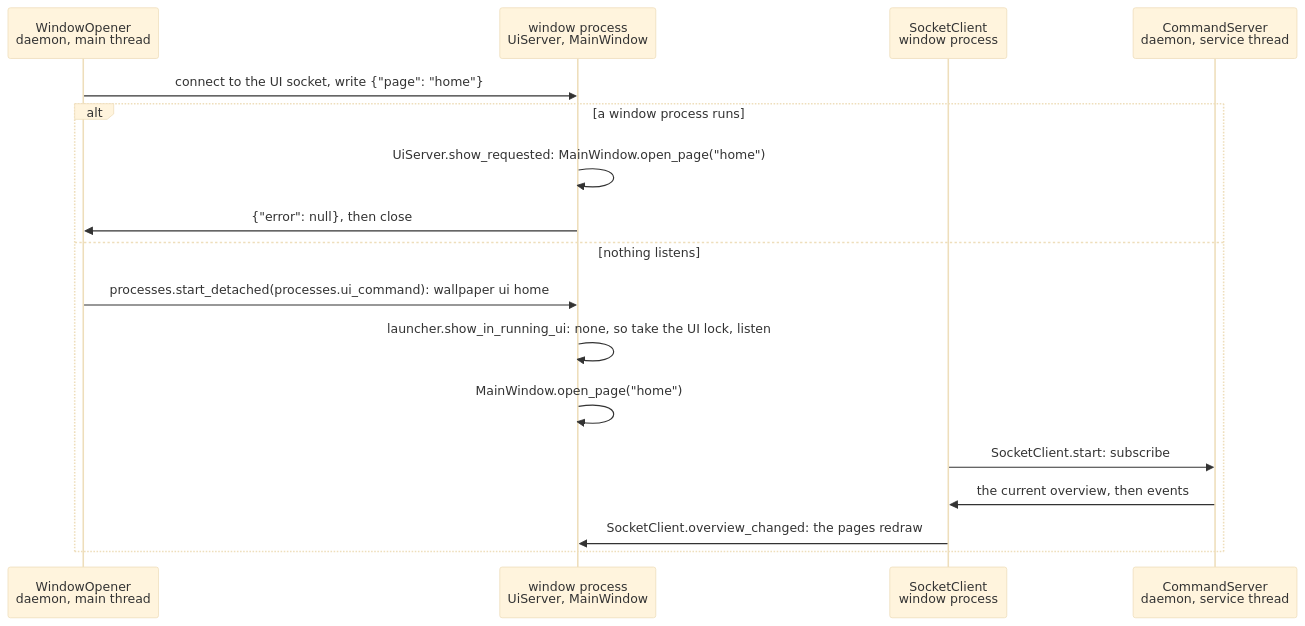
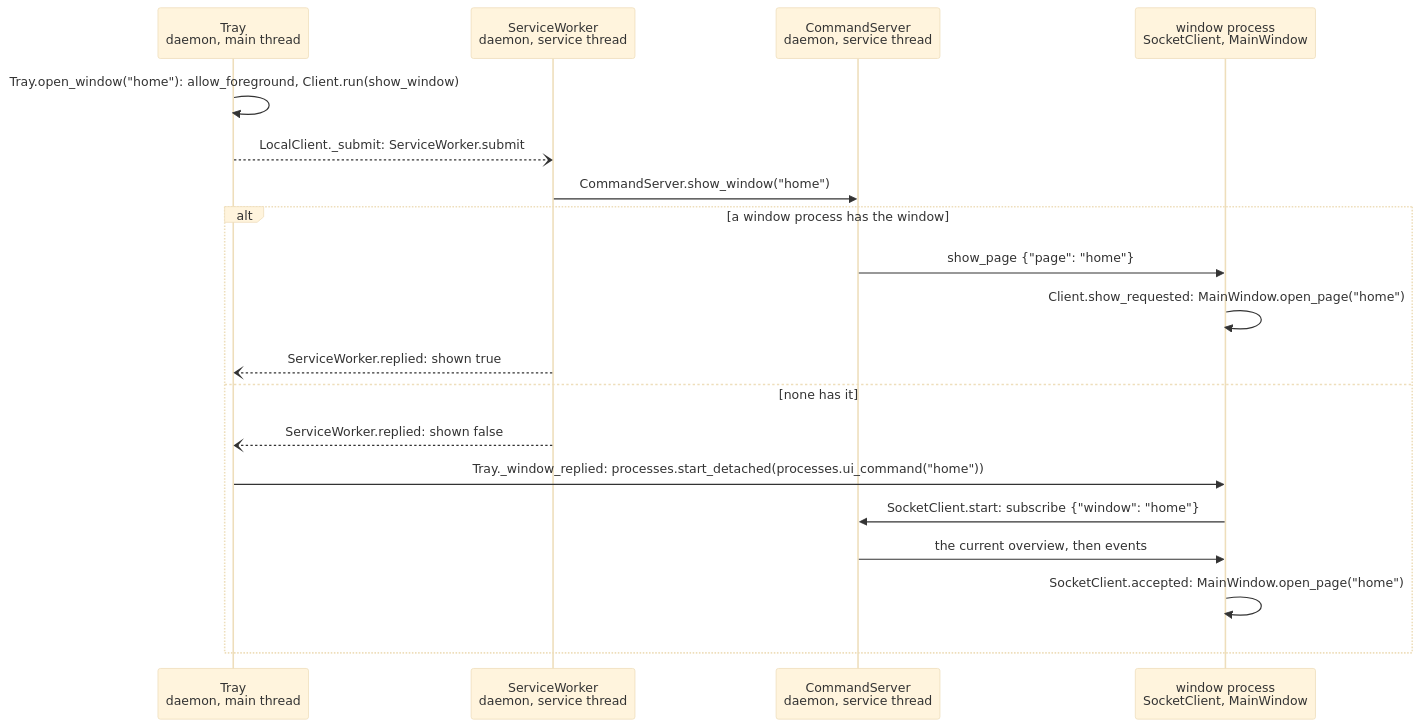
Before and after one commit to cheshire0xff/wallpaper_py: the fifth of 11 diagrams in docs/app-wiring.md, drawn with Mermaid (base theme). The commit also changed other lines of this file and 27 other files, not shown here.

````diff
--- a/docs/app-wiring.md
+++ b/docs/app-wiring.md
@@ -150,20 +147,22 @@
 ```mermaid
 sequenceDiagram
-    participant O as WindowOpener<br/>daemon, main thread
-    participant U as window process<br/>UiServer, MainWindow
-    participant C as SocketClient<br/>window process
+    participant Tr as Tray<br/>daemon, main thread
+    participant W as ServiceWorker<br/>daemon, service thread
     participant S as CommandServer<br/>daemon, service thread
+    participant U as window process<br/>SocketClient, MainWindow
 
-    O->>U: connect to the UI socket, write {"page": "home"}
-    alt a window process runs
-        U->>U: UiServer.show_requested: MainWindow.open_page("home")
-        U->>O: {"error": null}, then close
-    else nothing listens
-        O->>U: processes.start_detached(processes.ui_command): wallpaper ui home
-        U->>U: launcher.show_in_running_ui: none, so take the UI lock, listen
-        U->>U: MainWindow.open_page("home")
-        C->>S: SocketClient.start: subscribe
-        S->>C: the current overview, then events
-        C->>U: SocketClient.overview_changed: the pages redraw
+    Tr->>Tr: Tray.open_window("home"): allow_foreground, Client.run(show_window)
+    Tr--)W: LocalClient._submit: ServiceWorker.submit
+    W->>S: CommandServer.show_window("home")
+    alt a window process has the window
+        S->>U: show_page {"page": "home"}
+        U->>U: Client.show_requested: MainWindow.open_page("home")
+        W--)Tr: ServiceWorker.replied: shown true
+    else none has it
+        W--)Tr: ServiceWorker.replied: shown false
+        Tr->>U: Tray._window_replied: processes.start_detached(processes.ui_command("home"))
+        U->>S: SocketClient.start: subscribe {"window": "home"}
+        S->>U: the current overview, then events
+        U->>U: SocketClient.accepted: MainWindow.open_page("home")
     end
 ```
````
